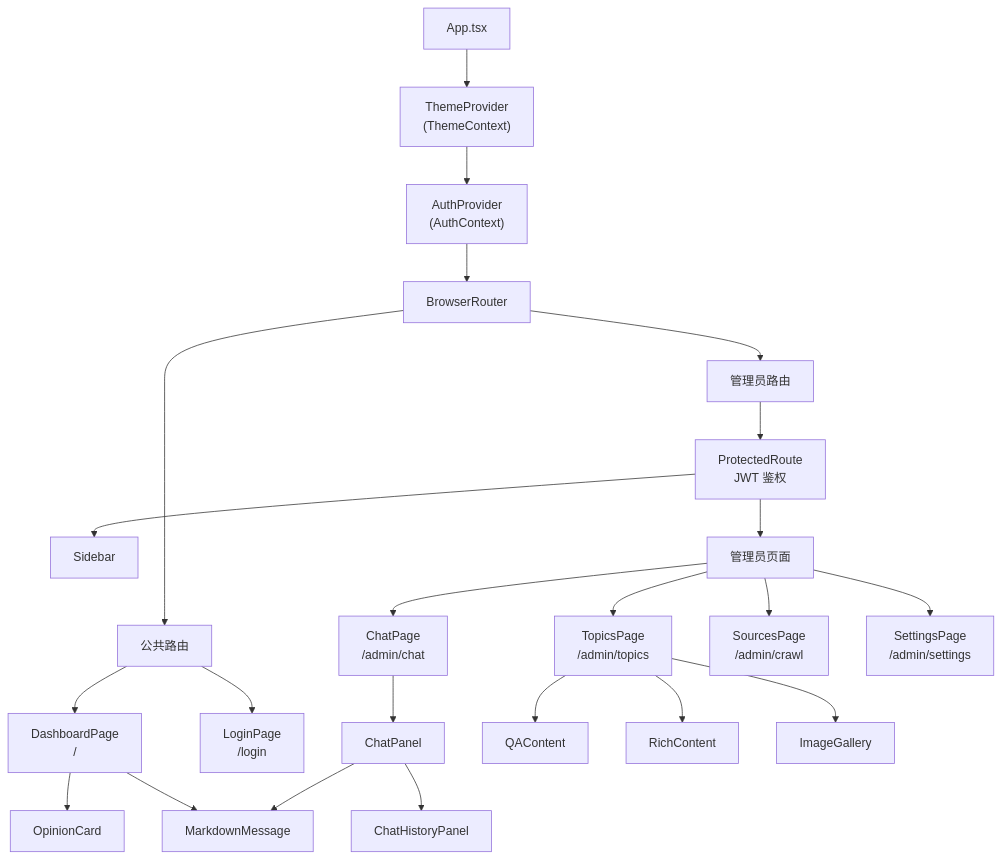
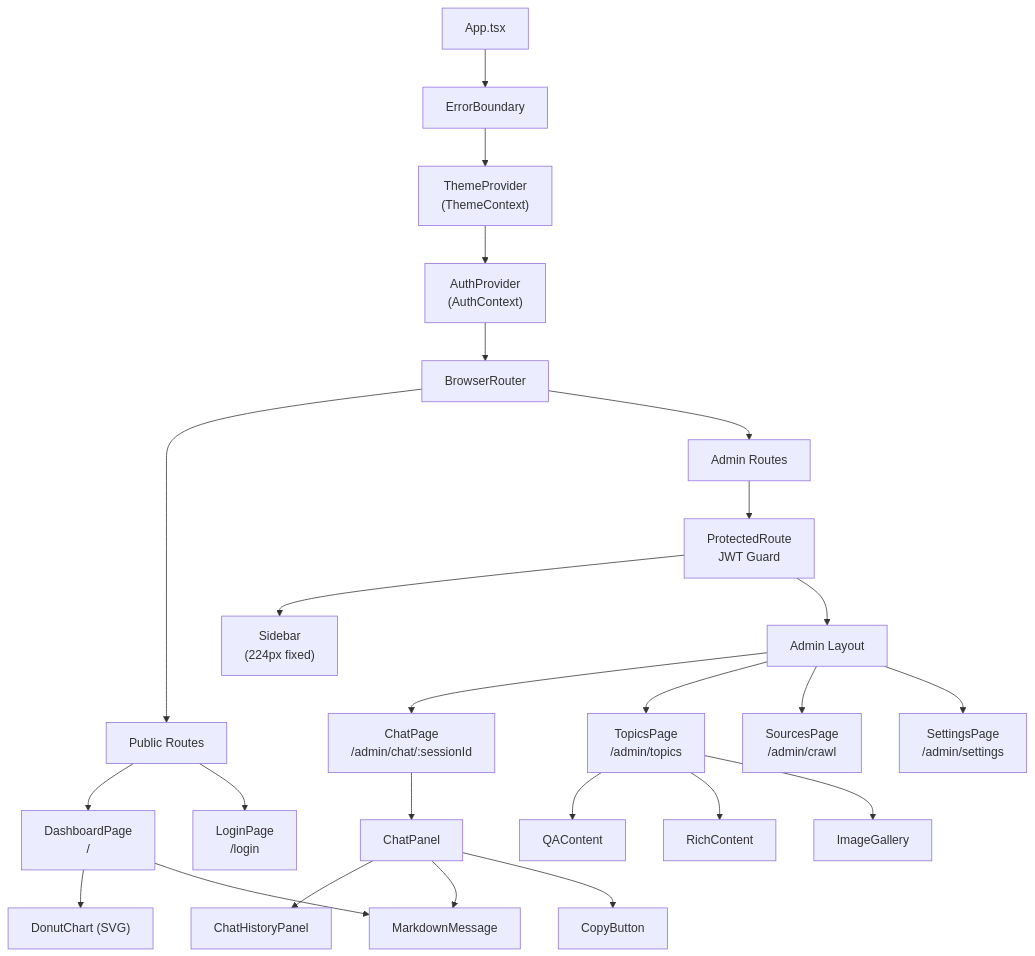
The first of 2 diagrams in docs/docs/architecture/frontend.mdx (XUranus/dungeon), drawn with Mermaid before and after one commit. The commit also changed other lines of this file and 75 other files, not shown here.

````diff
--- a/docs/docs/architecture/frontend.mdx
+++ b/docs/docs/architecture/frontend.mdx
@@ -25,32 +25,34 @@
 ```mermaid
 graph TB
-    App["App.tsx"] --> ThemeProvider["ThemeProvider<br/>(ThemeContext)"]
+    App["App.tsx"] --> ErrorBoundary["ErrorBoundary"]
+    ErrorBoundary --> ThemeProvider["ThemeProvider<br/>(ThemeContext)"]
     ThemeProvider --> AuthProvider["AuthProvider<br/>(AuthContext)"]
     AuthProvider --> BrowserRouter["BrowserRouter"]
 
-    BrowserRouter --> PublicRoutes["公共路由"]
-    BrowserRouter --> AdminRoutes["管理员路由"]
+    BrowserRouter --> PublicRoutes["Public Routes"]
+    BrowserRouter --> AdminRoutes["Admin Routes"]
 
     PublicRoutes --> DashboardPage["DashboardPage<br/>/"]
     PublicRoutes --> LoginPage["LoginPage<br/>/login"]
 
-    AdminRoutes --> ProtectedRoute["ProtectedRoute<br/>JWT 鉴权"]
-    ProtectedRoute --> Sidebar["Sidebar"]
-    ProtectedRoute --> AdminPages["管理员页面"]
+    AdminRoutes --> ProtectedRoute["ProtectedRoute<br/>JWT Guard"]
+    ProtectedRoute --> Sidebar["Sidebar<br/>(224px fixed)"]
+    ProtectedRoute --> AdminLayout["Admin Layout"]
 
-    AdminPages --> ChatPage["ChatPage<br/>/admin/chat"]
-    AdminPages --> TopicsPage["TopicsPage<br/>/admin/topics"]
-    AdminPages --> SourcesPage["SourcesPage<br/>/admin/crawl"]
-    AdminPages --> SettingsPage["SettingsPage<br/>/admin/settings"]
+    AdminLayout --> ChatPage["ChatPage<br/>/admin/chat/:sessionId"]
+    AdminLayout --> TopicsPage["TopicsPage<br/>/admin/topics"]
+    AdminLayout --> SourcesPage["SourcesPage<br/>/admin/crawl"]
+    AdminLayout --> SettingsPage["SettingsPage<br/>/admin/settings"]
 
     ChatPage --> ChatPanel["ChatPanel"]
     ChatPanel --> ChatHistoryPanel["ChatHistoryPanel"]
     ChatPanel --> MarkdownMessage["MarkdownMessage"]
+    ChatPanel --> CopyButton["CopyButton"]
 
+    DashboardPage --> DonutChart["DonutChart (SVG)"]
     DashboardPage --> MarkdownMessage
-    DashboardPage --> OpinionCard["OpinionCard"]
 
     TopicsPage --> QAContent["QAContent"]
     TopicsPage --> RichContent["RichContent"]
     TopicsPage --> ImageGallery["ImageGallery"]
 ```
````
